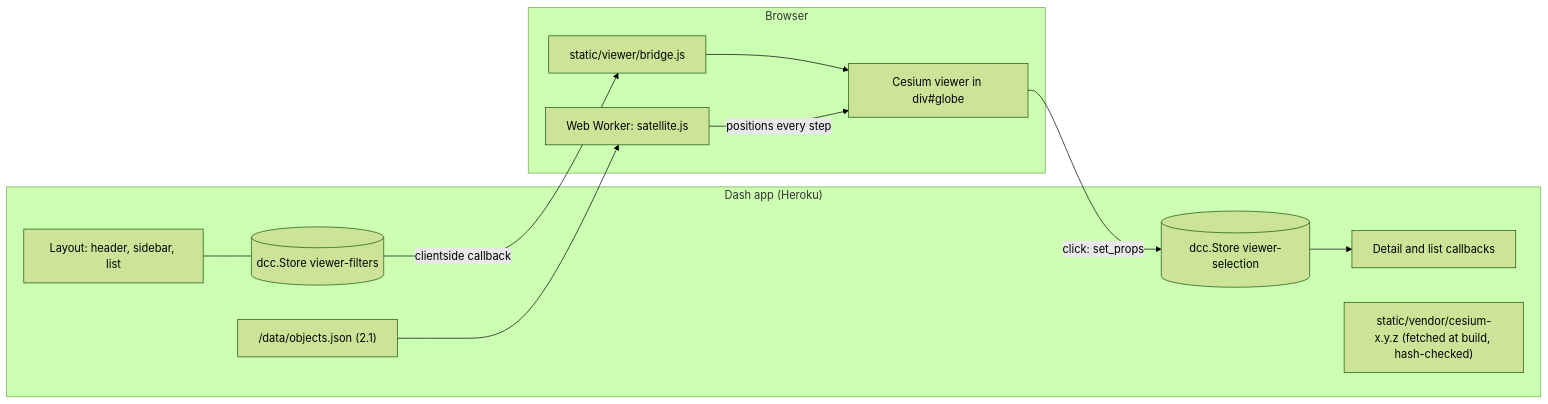
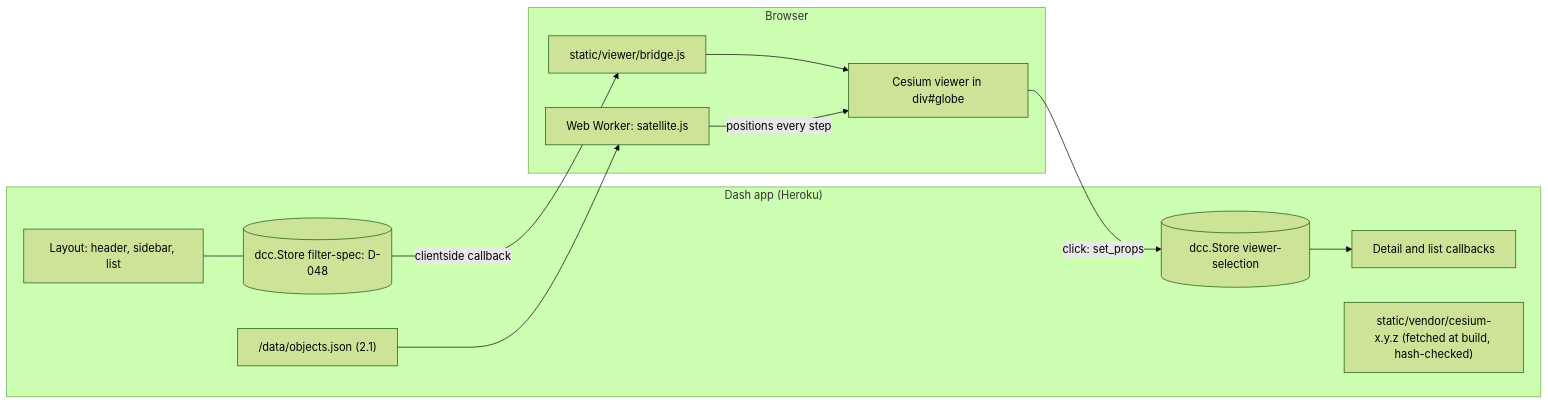
Before and after one commit to pseud-acc/SatTrack: the diagram in docs/cesium-architecture.md, drawn with Mermaid (forest theme). The commit also changed 40 other files, not shown here.

````diff
--- a/docs/cesium-architecture.md
+++ b/docs/cesium-architecture.md
@@ -122,16 +122,16 @@
 ```mermaid
 flowchart LR
   subgraph Server["Dash app (Heroku)"]
-    L[Layout: header, sidebar, list] --- S1[(dcc.Store viewer-filters)]
+    L[Layout: header, sidebar, list] --- S1[(dcc.Store filter-spec: D-048)]
     S2[(dcc.Store viewer-selection)] --> CB[Detail and list callbacks]
     D["/data/objects.json (2.1)"]
     V["static/vendor/cesium-x.y.z (fetched at build, hash-checked)"]
   end
   subgraph Browser
     B[static/viewer/bridge.js] --> VW[Cesium viewer in div#globe]
     S1 -- clientside callback --> B
     VW -- "click: set_props" --> S2
     W[Web Worker: satellite.js] -- positions every step --> VW
     D --> W
   end
 ```
````
